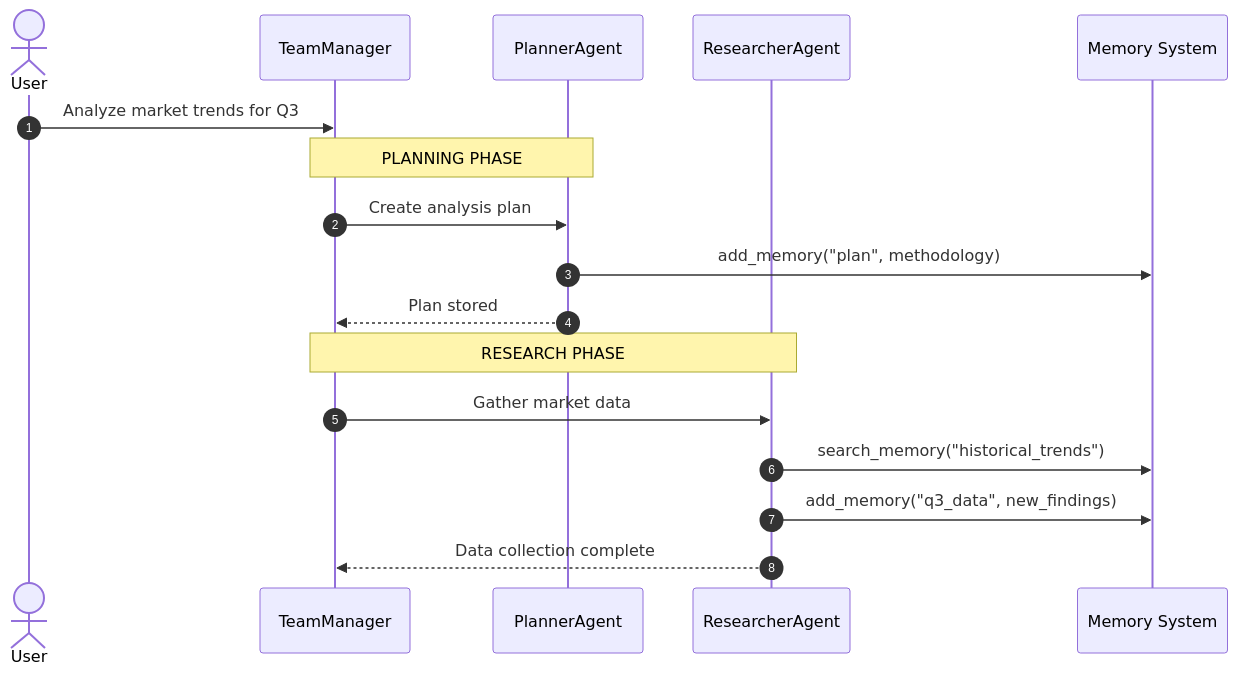
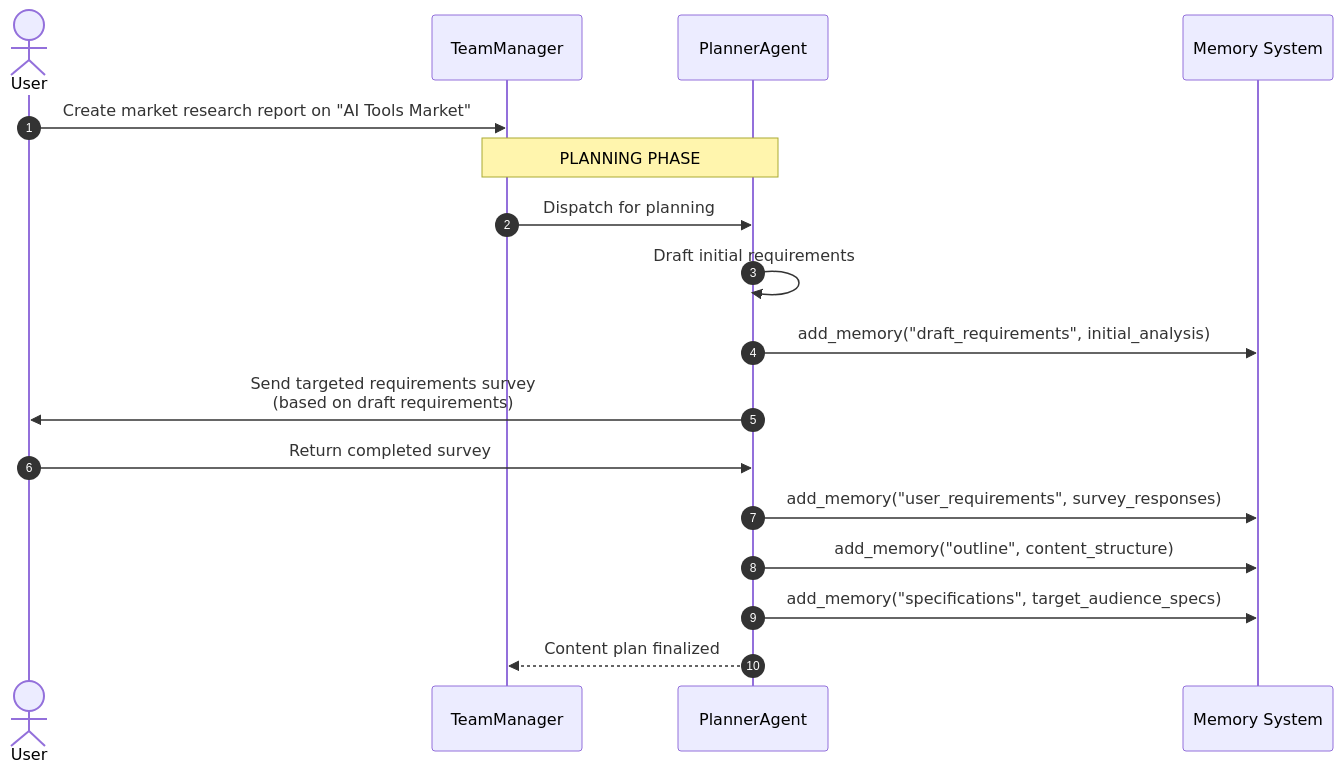
Before and after one commit to dustland/roboco: the second of 4 diagrams in docs/system-architecture.md, drawn with Mermaid. The commit also changed other lines of this file and 1 other file, not shown here.

Commit message:
docs: update memory system documentation to reflect new design principles, architecture, and memory management tools

````diff
--- a/docs/system-architecture.md
+++ b/docs/system-architecture.md
@@ -482,22 +519,21 @@
 ```mermaid
 sequenceDiagram
     autonumber
     actor User
     participant TM as TeamManager
     participant PA as PlannerAgent
-    participant ResA as ResearcherAgent
     participant MemSys as Memory System
 
-    User->>TM: Analyze market trends for Q3
+    User->>TM: Create market research report on "AI Tools Market"
 
     Note over TM,PA: PLANNING PHASE
-    TM->>PA: Create analysis plan
-    PA->>MemSys: add_memory("plan", methodology)
-    PA-->>TM: Plan stored
-
-    Note over TM,ResA: RESEARCH PHASE
-    TM->>ResA: Gather market data
-    ResA->>MemSys: search_memory("historical_trends")
-    ResA->>MemSys: add_memory("q3_data", new_findings)
-    ResA-->>TM: Data collection complete
+    TM->>PA: Dispatch for planning
+    PA->>PA: Draft initial requirements
+    PA->>MemSys: add_memory("draft_requirements", initial_analysis)
+    PA->>User: Send targeted requirements survey<br/>(based on draft requirements)
+    User->>PA: Return completed survey
+    PA->>MemSys: add_memory("user_requirements", survey_responses)
+    PA->>MemSys: add_memory("outline", content_structure)
+    PA->>MemSys: add_memory("specifications", target_audience_specs)
+    PA-->>TM: Content plan finalized
 ```
````
